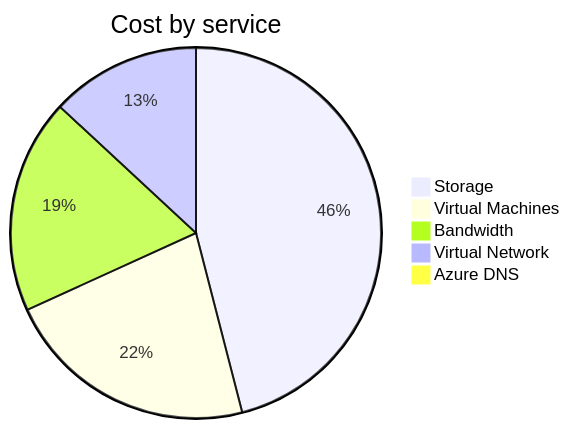
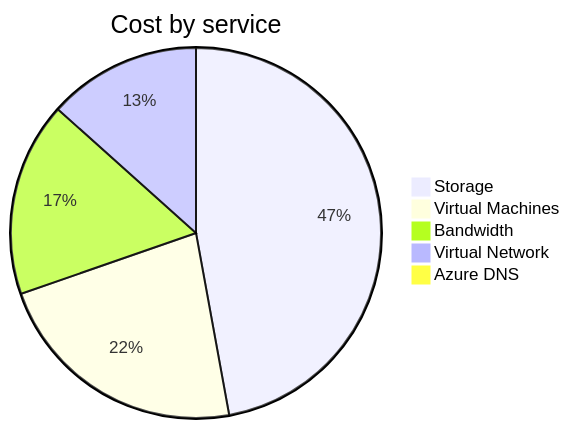
The second of 4 diagrams in cost-reports/personal-network/README.md (jpfulton/azure-personal-reports), drawn with Mermaid before and after one commit. The commit also changed other lines of this file and 8 other files, not shown here.

````diff
--- a/cost-reports/personal-network/README.md
+++ b/cost-reports/personal-network/README.md
@@ -99,9 +99,9 @@
 ```mermaid
 pie
    title Cost by service
-   "Storage" : 5.90
-   "Virtual Machines" : 2.85
-   "Bandwidth" : 2.40
-   "Virtual Network" : 1.68
-   "Azure DNS" : 0.11
+   "Storage" : 6.73
+   "Virtual Machines" : 3.22
+   "Bandwidth" : 2.42
+   "Virtual Network" : 1.91
+   "Azure DNS" : 0.13
 ```
````
